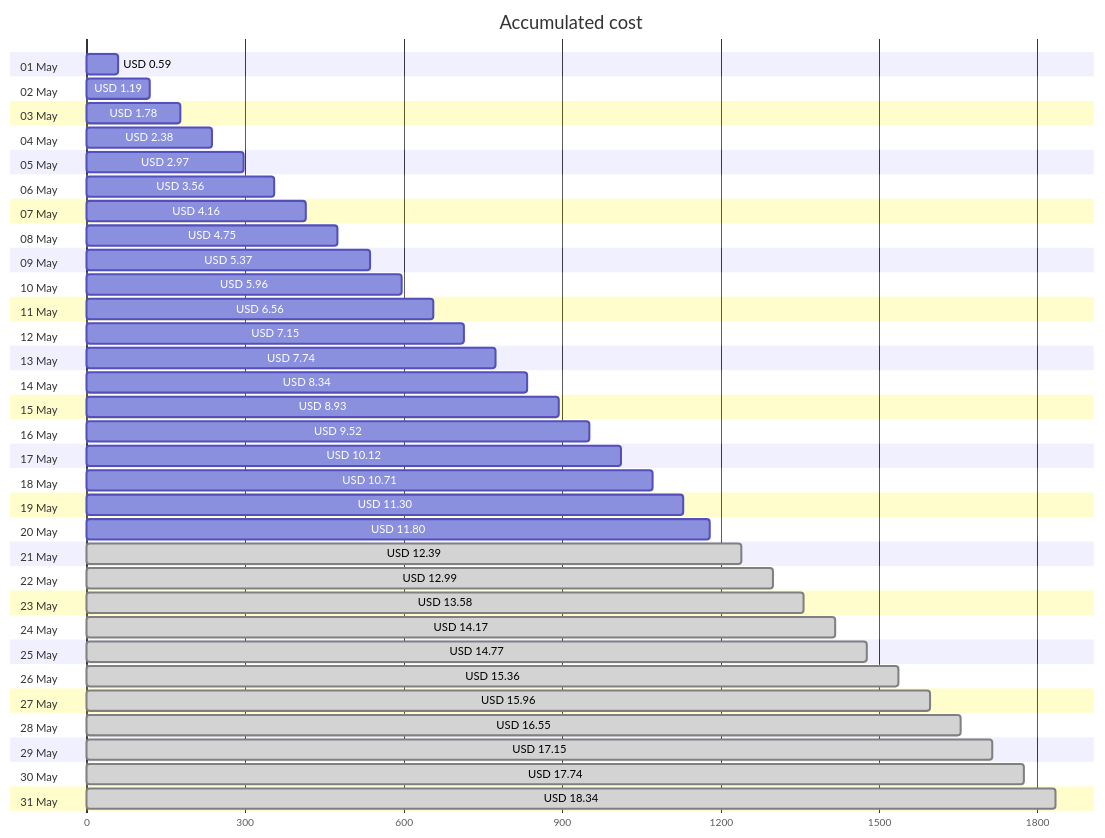
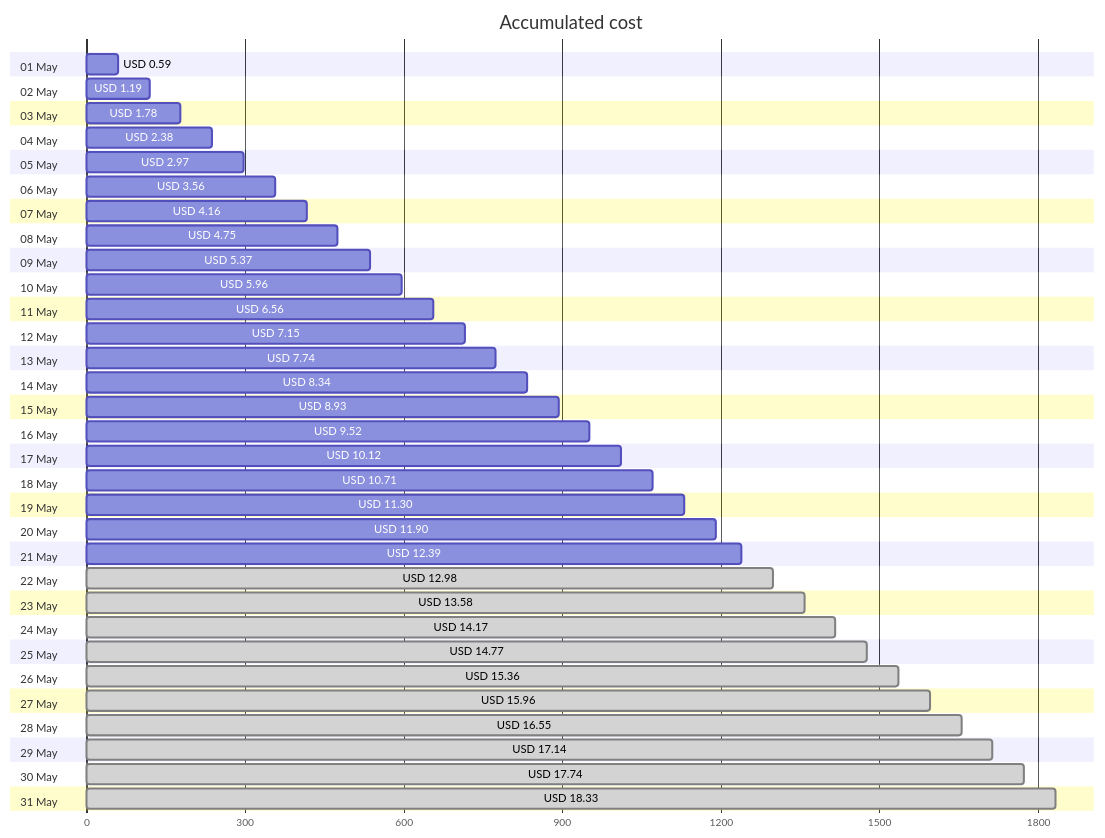
The first of 4 diagrams in cost-reports/personal-site/README.md (jpfulton/azure-personal-reports), drawn with Mermaid before and after one commit. The commit also changed other lines of this file and 6 other files, not shown here.

````diff
--- a/cost-reports/personal-site/README.md
+++ b/cost-reports/personal-site/README.md
@@ -20,68 +20,68 @@
 ```mermaid
 gantt
    title Accumulated cost
    dateFormat  X
    axisFormat %s
    section 01 May
    USD 0.59 :0, 59
    section 02 May
    USD 1.19 :0, 119
    section 03 May
    USD 1.78 :0, 178
    section 04 May
    USD 2.38 :0, 238
    section 05 May
    USD 2.97 :0, 297
    section 06 May
    USD 3.56 :0, 356
    section 07 May
    USD 4.16 :0, 416
    section 08 May
    USD 4.75 :0, 475
    section 09 May
    USD 5.37 :0, 537
    section 10 May
    USD 5.96 :0, 596
    section 11 May
    USD 6.56 :0, 656
    section 12 May
    USD 7.15 :0, 715
    section 13 May
    USD 7.74 :0, 774
    section 14 May
    USD 8.34 :0, 834
    section 15 May
    USD 8.93 :0, 893
    section 16 May
    USD 9.52 :0, 952
    section 17 May
    USD 10.12 :0, 1012
    section 18 May
    USD 10.71 :0, 1071
    section 19 May
    USD 11.30 :0, 1130
    section 20 May
-   USD 11.80 :0, 1180
+   USD 11.90 :0, 1190
    section 21 May
-   USD 12.39 : done, 0, 1239
+   USD 12.39 :0, 1239
    section 22 May
-   USD 12.99 : done, 0, 1299
+   USD 12.98 : done, 0, 1298
    section 23 May
    USD 13.58 : done, 0, 1358
    section 24 May
    USD 14.17 : done, 0, 1417
    section 25 May
    USD 14.77 : done, 0, 1477
    section 26 May
    USD 15.36 : done, 0, 1536
    section 27 May
    USD 15.96 : done, 0, 1596
    section 28 May
    USD 16.55 : done, 0, 1655
    section 29 May
-   USD 17.15 : done, 0, 1715
+   USD 17.14 : done, 0, 1714
    section 30 May
    USD 17.74 : done, 0, 1774
    section 31 May
-   USD 18.34 : done, 0, 1834
+   USD 18.33 : done, 0, 1833
 ```
````
